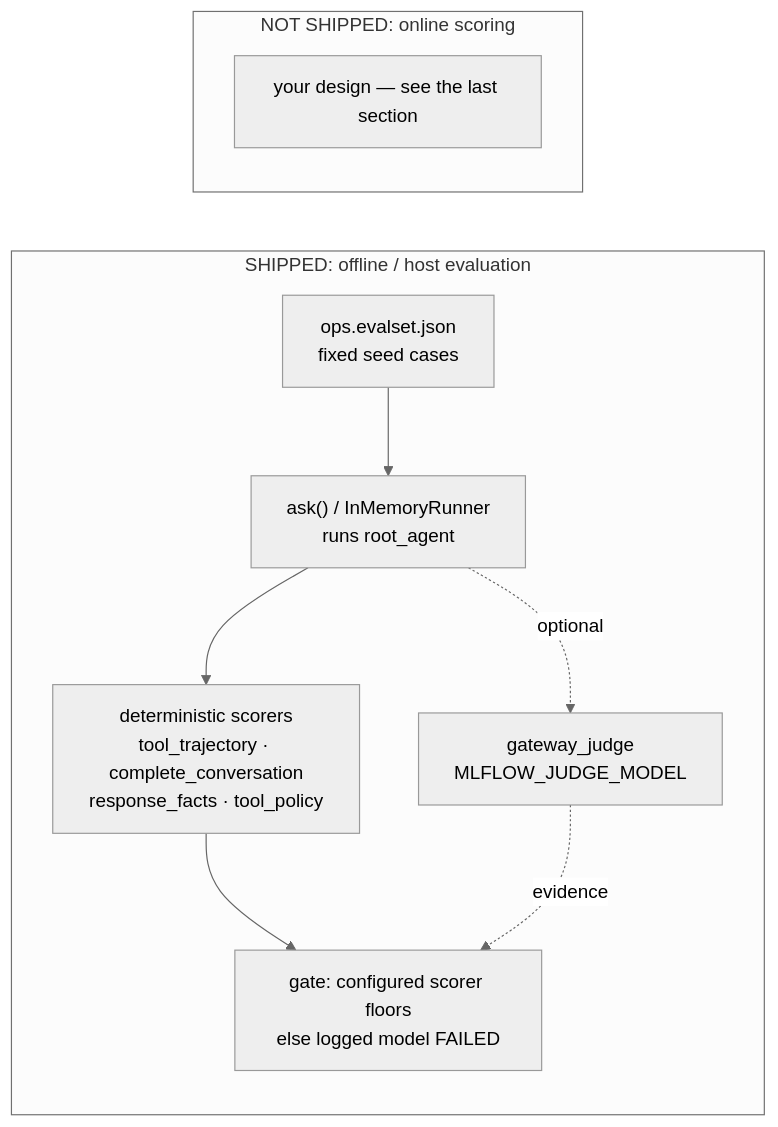
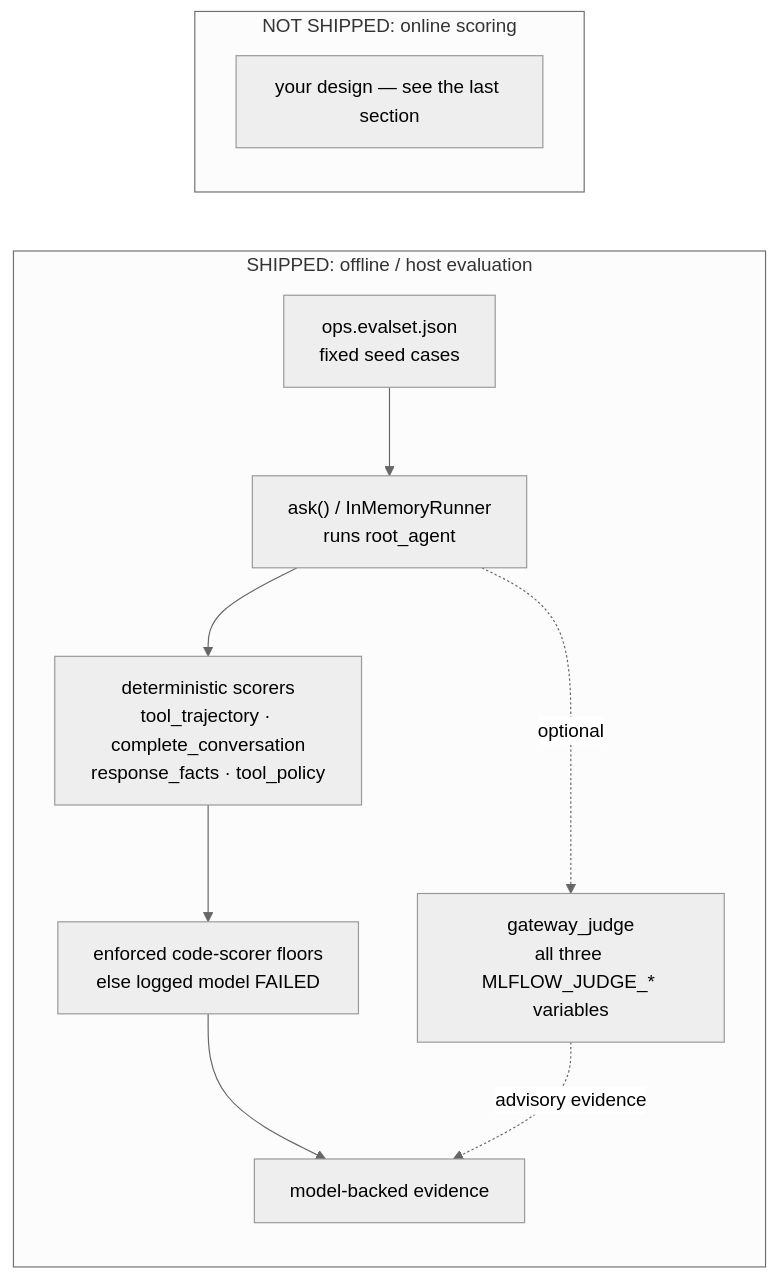
Before and after one commit to LuiGGi629/agentops-open-course: the diagram in docs/7. Observability/7.5. Online Evaluation.md, drawn with Mermaid (neutral theme). The commit also changed other lines of this file and 58 other files, not shown here.

````diff
--- a/docs/7. Observability/7.5. Online Evaluation.md
+++ b/docs/7. Observability/7.5. Online Evaluation.md
@@ -79,15 +79,16 @@
 ```mermaid
 flowchart LR
   subgraph shipped["SHIPPED: offline / host evaluation"]
     direction TB
     dataset["ops.evalset.json<br/>fixed seed cases"] --> ask["ask() / InMemoryRunner<br/>runs root_agent"]
     ask --> det["deterministic scorers<br/>tool_trajectory · complete_conversation<br/>response_facts · tool_policy"]
-    ask -. optional .-> judge["gateway_judge<br/>MLFLOW_JUDGE_MODEL"]
-    det --> gate["gate: configured scorer floors<br/>else logged model FAILED"]
-    judge -. evidence .-> gate
+    ask -. optional .-> judge["gateway_judge<br/>all three MLFLOW_JUDGE_* variables"]
+    det --> floors["enforced code-scorer floors<br/>else logged model FAILED"]
+    floors --> evidence["model-backed evidence"]
+    judge -. advisory evidence .-> evidence
   end
   subgraph online["NOT SHIPPED: online scoring"]
     direction TB
     design["your design — see the last section"]
   end
 ```
````
